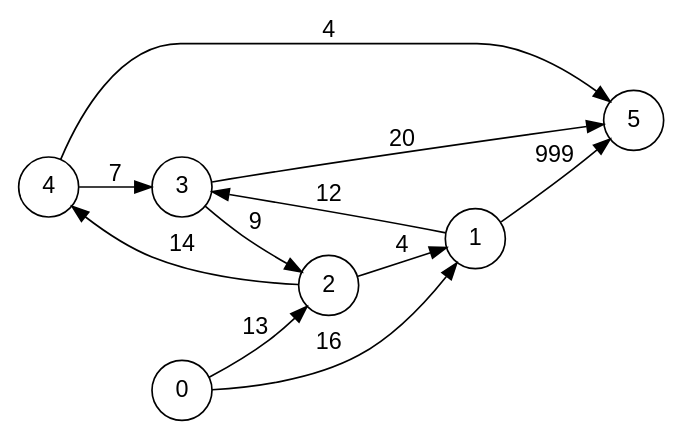
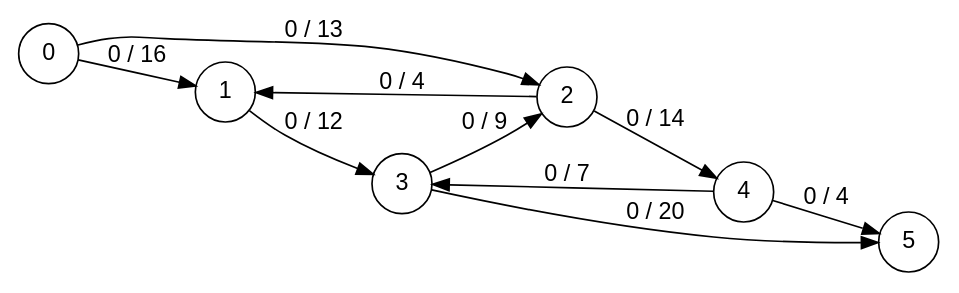
The diagram in my_graph.dot (skferrei31/ocaml-maxflow-project-lavergne-ferreira), drawn with Graphviz before and after one commit. The commit also changed 4 other files, not shown here.

Commit message:
graphe d'écart et graphe de flot

```diff
--- a/my_graph.dot
+++ b/my_graph.dot
@@ -1,22 +1,21 @@
  digraph finite_state_machine {
 
       fontname="Helvetica,Arial,sans-serif"
 
       node [fontname= "Helvetica,Arial,sans-serif"]
 
       edge [fontname="Helvetica,Arial,sans-serif"]
 
       rankdir=LR;
 
       node [shape = circle]; 
-4->5[label = "4"];
-4->3[label = "7"];
-3->5[label = "20"];
-3->2[label = "9"];
-2->4[label = "14"];
-2->1[label = "4"];
-0->2[label = "13"];
-0->1[label = "16"];
-1->3[label = "12"];
-1->5[label = "999"];
+0->1[label = "0 / 16"];
+0->2[label = "0 / 13"];
+1->3[label = "0 / 12"];
+2->1[label = "0 / 4"];
+2->4[label = "0 / 14"];
+3->2[label = "0 / 9"];
+3->5[label = "0 / 20"];
+4->3[label = "0 / 7"];
+4->5[label = "0 / 4"];
 }
```
